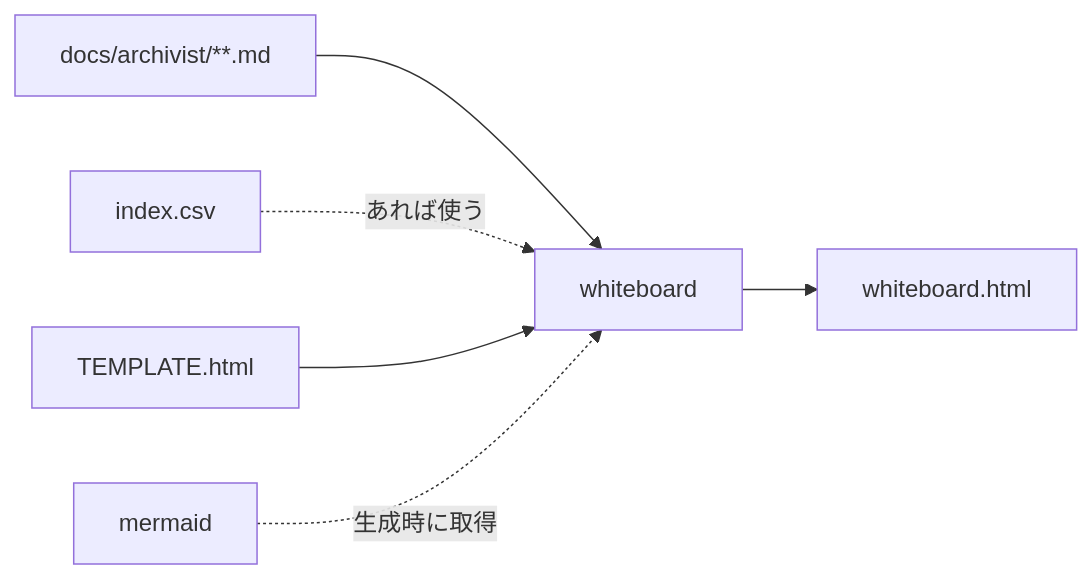
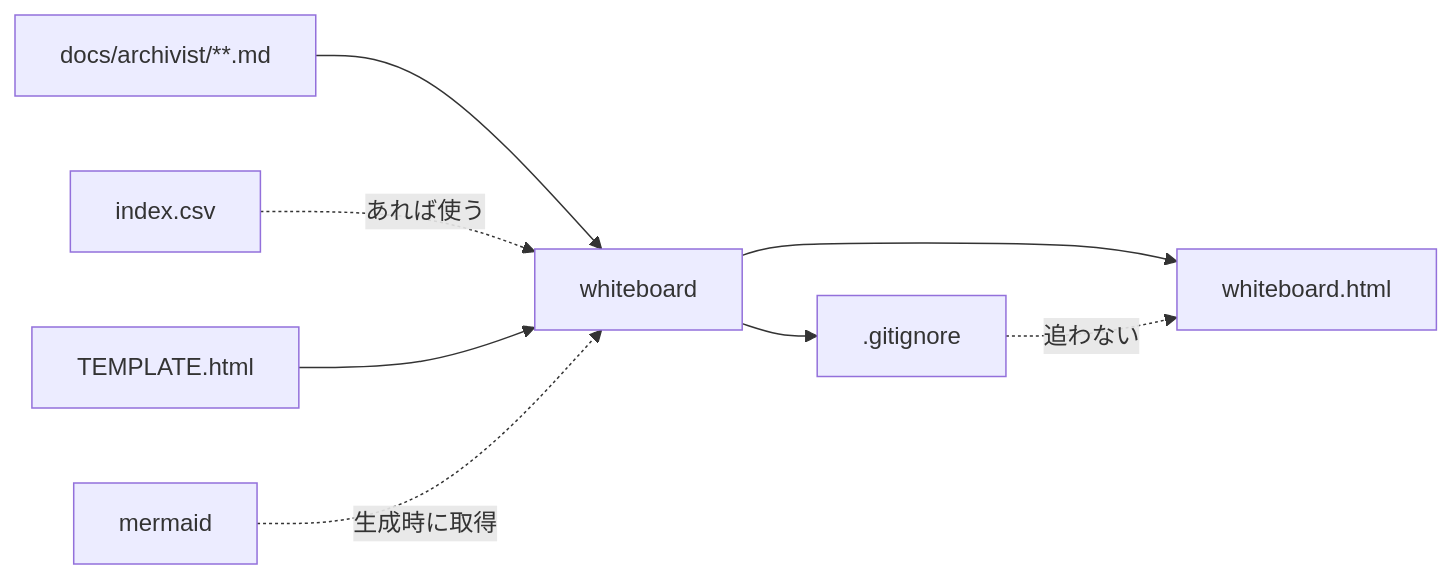
Before and after one commit to gameundwatch/archivist: the diagram in docs/archivist/L2_designs/whiteboard.md, drawn with Mermaid. The commit also changed other lines of this file and 10 other files, not shown here.

````diff
--- a/docs/archivist/L2_designs/whiteboard.md
+++ b/docs/archivist/L2_designs/whiteboard.md
@@ -13,8 +14,9 @@
 ```mermaid
 flowchart LR
     MD["docs/archivist/**.md"] --> S["whiteboard"]
     IDX["index.csv"] -.あれば使う.-> S
     TPL["TEMPLATE.html"] --> S
     LIB["mermaid"] -.生成時に取得.-> S
     S --> OUT["whiteboard.html"]
+    S --> GI[".gitignore"] -.追わない.-> OUT
 ```
````
